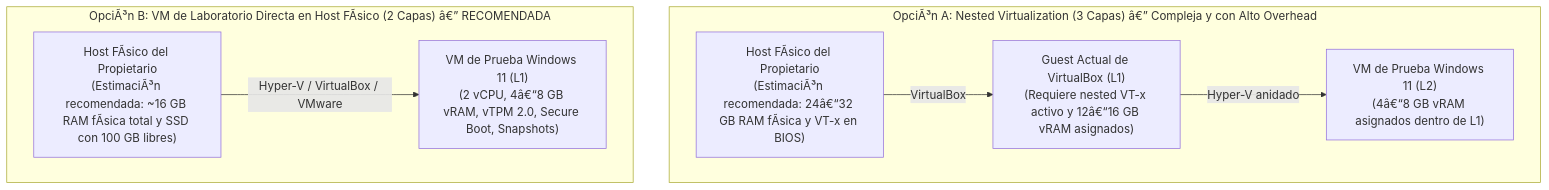
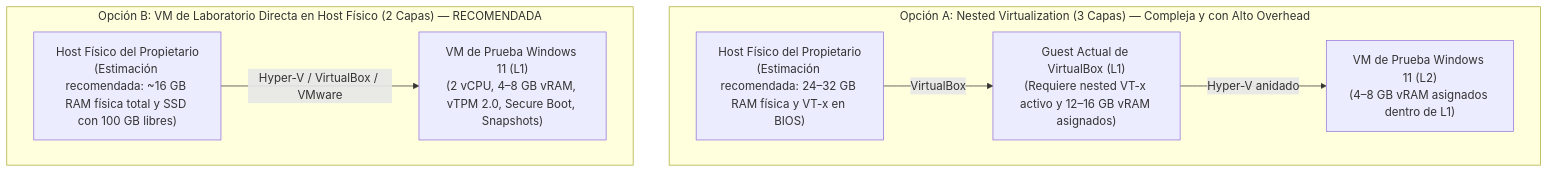
Before and after one commit to cristianbarreiro/PrivGuard: the diagram in docs/reports/INFORME-FASE-8B1A7_2-READINESS-REBASELINE.md, drawn with Mermaid. The commit also changed other lines of this file and 7 other files, not shown here.

````diff
--- a/docs/reports/INFORME-FASE-8B1A7_2-READINESS-REBASELINE.md
+++ b/docs/reports/INFORME-FASE-8B1A7_2-READINESS-REBASELINE.md
@@ -523,16 +523,16 @@
 ```mermaid
 flowchart TD
-    subgraph TopologiaA ["OpciÃ³n A: Nested Virtualization (3 Capas) â€” Compleja y con Alto Overhead"]
-        L0_A["Host FÃ­sico del Propietario<br/>(EstimaciÃ³n recomendada: 24â€“32 GB RAM fÃ­sica y VT-x en BIOS)"]
-        L1_A["Guest Actual de VirtualBox (L1)<br/>(Requiere nested VT-x activo y 12â€“16 GB vRAM asignados)"]
-        L2_A["VM de Prueba Windows 11 (L2)<br/>(4â€“8 GB vRAM asignados dentro de L1)"]
+    subgraph TopologiaA ["Opción A: Nested Virtualization (3 Capas) — Compleja y con Alto Overhead"]
+        L0_A["Host Físico del Propietario<br/>(Estimación recomendada: 24–32 GB RAM física y VT-x en BIOS)"]
+        L1_A["Guest Actual de VirtualBox (L1)<br/>(Requiere nested VT-x activo y 12–16 GB vRAM asignados)"]
+        L2_A["VM de Prueba Windows 11 (L2)<br/>(4–8 GB vRAM asignados dentro de L1)"]
         L0_A -->|VirtualBox| L1_A
         L1_A -->|Hyper-V anidado| L2_A
     end
 
-    subgraph TopologiaB ["OpciÃ³n B: VM de Laboratorio Directa en Host FÃ­sico (2 Capas) â€” RECOMENDADA"]
-        L0_B["Host FÃ­sico del Propietario<br/>(EstimaciÃ³n recomendada: ~16 GB RAM fÃ­sica total y SSD con 100 GB libres)"]
-        L1_B["VM de Prueba Windows 11 (L1)<br/>(2 vCPU, 4â€“8 GB vRAM, vTPM 2.0, Secure Boot, Snapshots)"]
+    subgraph TopologiaB ["Opción B: VM de Laboratorio Directa en Host Físico (2 Capas) — RECOMENDADA"]
+        L0_B["Host Físico del Propietario<br/>(Estimación recomendada: ~16 GB RAM física total y SSD con 100 GB libres)"]
+        L1_B["VM de Prueba Windows 11 (L1)<br/>(2 vCPU, 4–8 GB vRAM, vTPM 2.0, Secure Boot, Snapshots)"]
         L0_B -->|Hyper-V / VirtualBox / VMware| L1_B
     end
 ```
````
